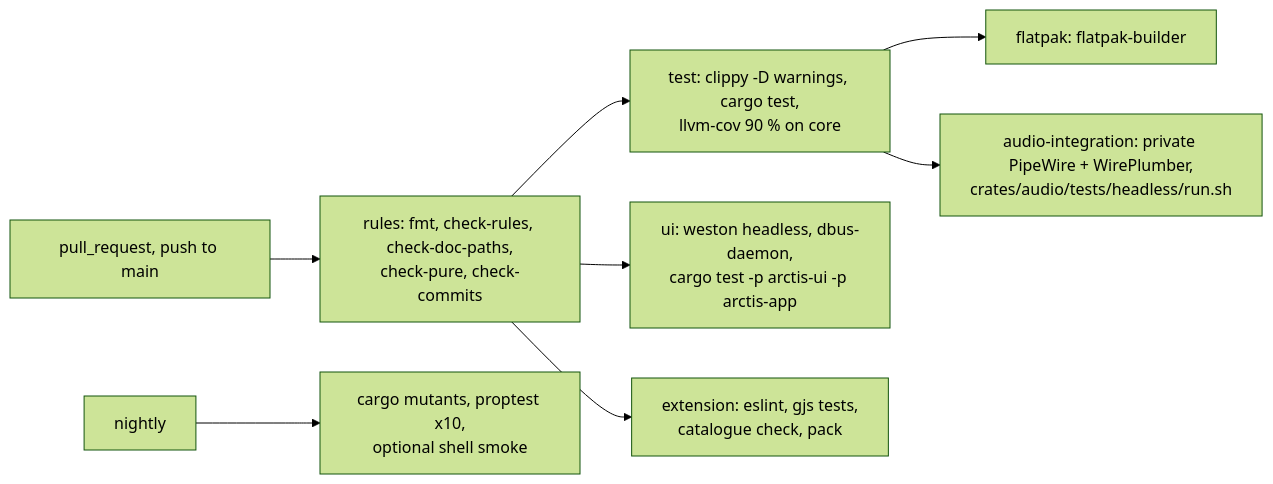
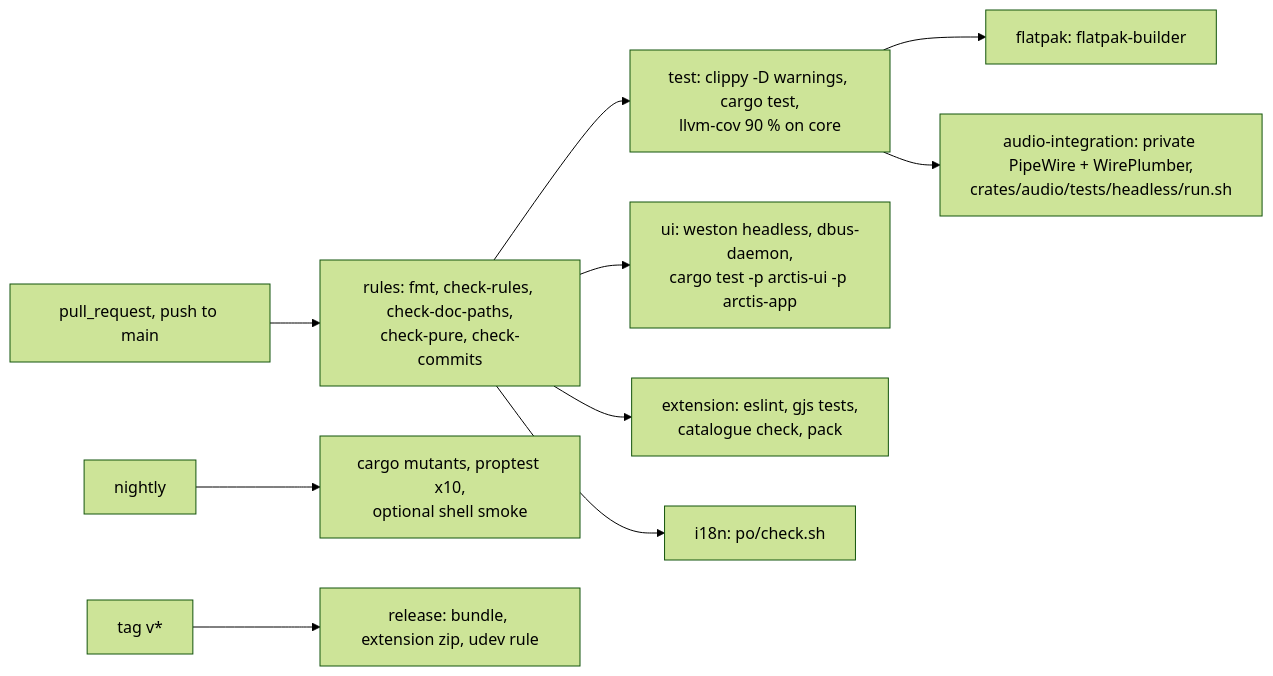
Before and after one commit to marcelogm/arctis-companion: the third of 3 diagrams in docs/architecture/README.md, drawn with Mermaid (forest theme). The commit also changed other lines of this file and 2 other files, not shown here.

Commit message:
docs(architecture): add the packaging, translations and release page

````diff
--- a/docs/architecture/README.md
+++ b/docs/architecture/README.md
@@ -90,10 +76,12 @@
 ```mermaid
 flowchart LR
     PR["pull_request, push to main"] --> R["rules: fmt, check-rules, check-doc-paths,<br/>check-pure, check-commits"]
     R --> T["test: clippy -D warnings, cargo test,<br/>llvm-cov 90 % on core"]
     R --> G["ui: weston headless, dbus-daemon,<br/>cargo test -p arctis-ui -p arctis-app"]
     R --> X["extension: eslint, gjs tests,<br/>catalogue check, pack"]
+    R --> I["i18n: po/check.sh"]
     T --> F["flatpak: flatpak-builder"]
     T --> A["audio-integration: private PipeWire + WirePlumber,<br/>crates/audio/tests/headless/run.sh"]
     N["nightly"] --> M["cargo mutants, proptest x10,<br/>optional shell smoke"]
+    TG["tag v*"] --> RL["release: bundle, extension zip, udev rule"]
 ```
````
